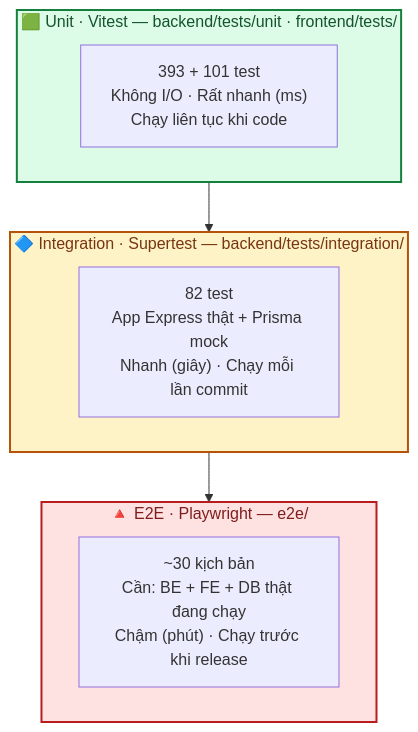
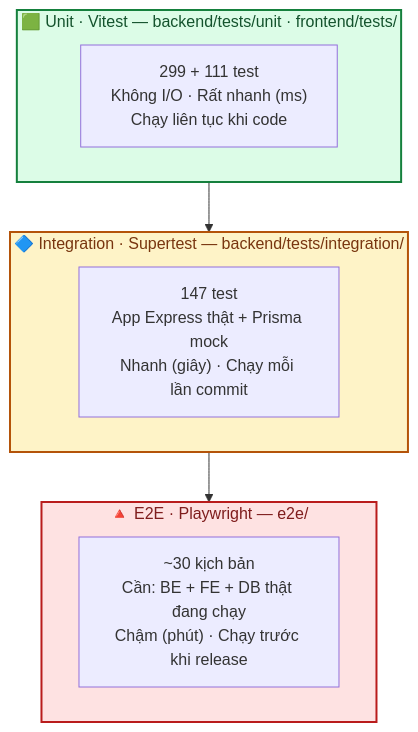
The first of 3 diagrams in docs/08-kiem-thu.md (Hungvu0712/FLOWER), drawn with Mermaid before and after one commit. The commit also changed other lines of this file and 14 other files, not shown here.

````diff
--- a/docs/08-kiem-thu.md
+++ b/docs/08-kiem-thu.md
@@ -12,18 +12,18 @@
 ```mermaid
 flowchart TD
     subgraph E2E["🔺 E2E · Playwright — e2e/"]
         E["~30 kịch bản<br/>Cần: BE + FE + DB thật đang chạy<br/>Chậm (phút) · Chạy trước khi release"]
     end
     subgraph INT["🔷 Integration · Supertest — backend/tests/integration/"]
-        I["82 test<br/>App Express thật + Prisma mock<br/>Nhanh (giây) · Chạy mỗi lần commit"]
+        I["147 test<br/>App Express thật + Prisma mock<br/>Nhanh (giây) · Chạy mỗi lần commit"]
     end
     subgraph UNIT["🟩 Unit · Vitest — backend/tests/unit · frontend/tests/"]
-        U["393 + 101 test<br/>Không I/O · Rất nhanh (ms)<br/>Chạy liên tục khi code"]
+        U["299 + 111 test<br/>Không I/O · Rất nhanh (ms)<br/>Chạy liên tục khi code"]
     end
 
     UNIT --> INT --> E2E
 
     style E2E fill:#fee2e2,stroke:#b91c1c,stroke-width:2px,color:#7f1d1d
     style INT fill:#fef3c7,stroke:#b45309,stroke-width:2px,color:#78350f
     style UNIT fill:#dcfce7,stroke:#15803d,stroke-width:2px,color:#14532d
 ```
````
